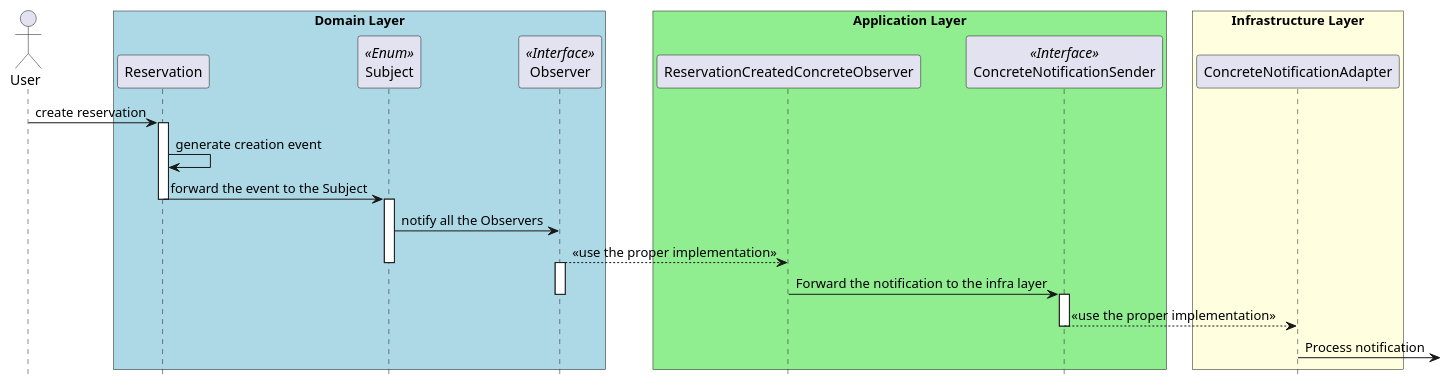
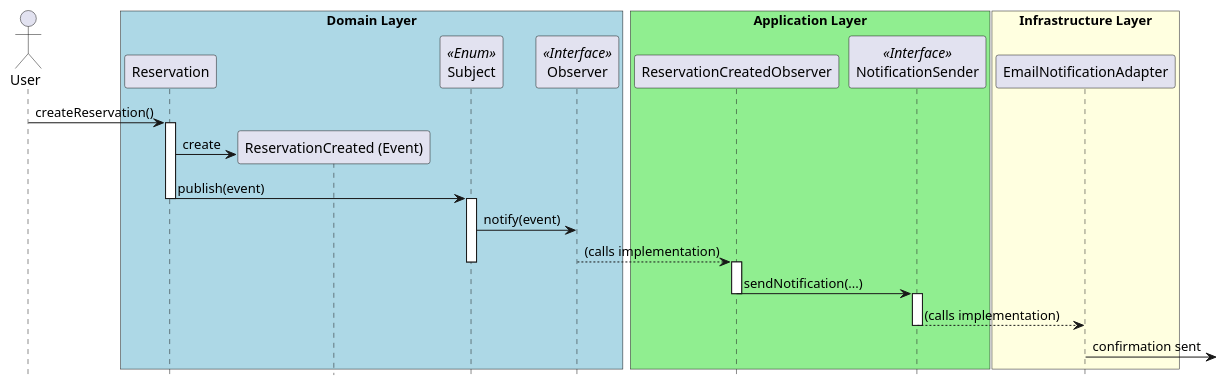
One commit to gmartinez1985/design-patterns changed the diagram in observer/spring-hexgonal-ddd/observer-hexagonal-ddd/README.md. Above: the diagram before and after it, drawn with PlantUML.

Commit message:
docs(README): Update sequence diagram for reservation notification flow

````diff
--- a/observer/spring-hexgonal-ddd/observer-hexagonal-ddd/README.md
+++ b/observer/spring-hexgonal-ddd/observer-hexagonal-ddd/README.md
@@ -7,40 +7,45 @@
 ```plantuml
 @startuml
 hide footbox
+
 actor User
+
 box "Domain Layer" #LightBlue
     participant "Reservation" as Reservation
+    participant "ReservationCreated (Event)" as ReservationCreated
     participant "Subject" as Publisher <<Enum>>
     participant "Observer" as Observer <<Interface>>
 end box
 
 box "Application Layer" #LightGreen
-    participant "ReservationCreatedConcreteObserver" as ConcreteObserver
-    participant "ConcreteNotificationSender" as Port <<Interface>>
+    participant "ReservationCreatedObserver" as ConcreteObserver
+    participant "NotificationSender" as Port <<Interface>>
 end box
 
 box "Infrastructure Layer" #LightYellow
-    participant "ConcreteNotificationAdapter" as Adapter
+    participant "EmailNotificationAdapter" as Adapter
 end box
 
-User -> Reservation : create reservation
+User -> Reservation : createReservation()
 activate Reservation
-Reservation -> Reservation : generate creation event
-Reservation -> Publisher : forward the event to the Subject
+Reservation -> ReservationCreated ** : create
+Reservation -> Publisher : publish(event)
 deactivate Reservation
 
 activate Publisher
-Publisher -> Observer : notify all the Observers
-Observer --> ConcreteObserver : <<use the proper implementation>>
+Publisher -> Observer : notify(event)
+Observer --> ConcreteObserver : (calls implementation)
 deactivate Publisher
 
-activate Observer
-ConcreteObserver -> Port : Forward the notification to the infra layer
-deactivate Observer
+activate ConcreteObserver
+ConcreteObserver -> Port : sendNotification(...)
+deactivate ConcreteObserver
 
 activate Port
-Port --> Adapter : <<use the proper implementation>>
+Port --> Adapter : (calls implementation)
 deactivate Port
-Adapter ->] : Process notification
+
+Adapter ->] : confirmation sent
 @enduml
+
 ```
````
